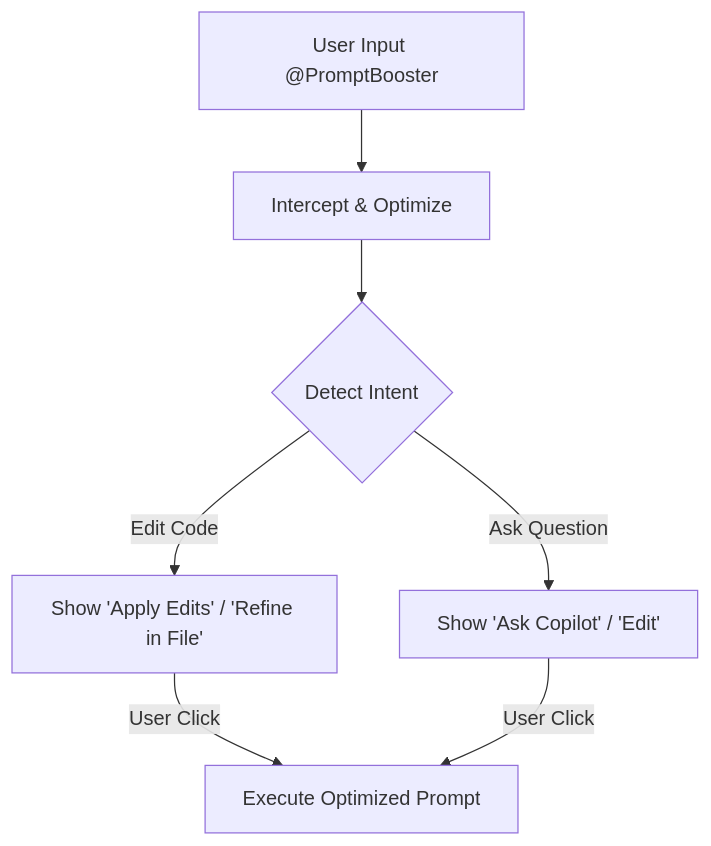
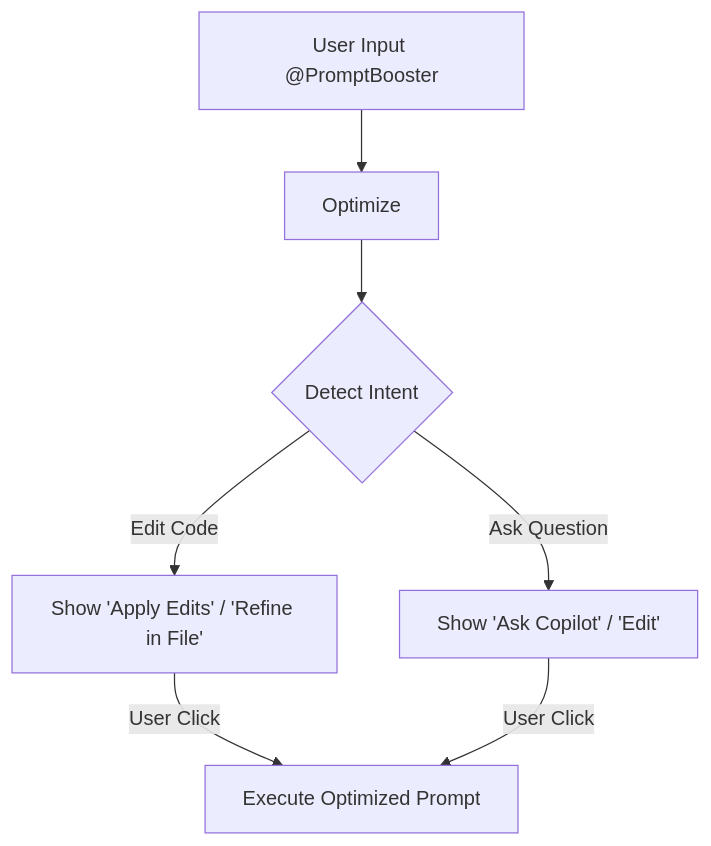
The third of 4 diagrams in README.md (sonqh/prompt-booster), drawn with Mermaid before and after one commit. The commit also changed other lines of this file and 29 other files, not shown here.

````diff
--- a/README.md
+++ b/README.md
@@ -222,11 +266,11 @@
 ```mermaid
 flowchart TD
-    Start[User Input @PromptBooster] --> Intercept[Intercept & Optimize]
-    Intercept --> Check{Detect Intent}
+    Start[User Input @PromptBooster] --> Opt[Optimize]
+    Opt --> Check{Detect Intent}
     
     Check -->|Edit Code| EditUI[Show 'Apply Edits' / 'Refine in File']
     Check -->|Ask Question| AskUI[Show 'Ask Copilot' / 'Edit']
     
     EditUI -->|User Click| Run[Execute Optimized Prompt]
     AskUI -->|User Click| Run
 ```
````
